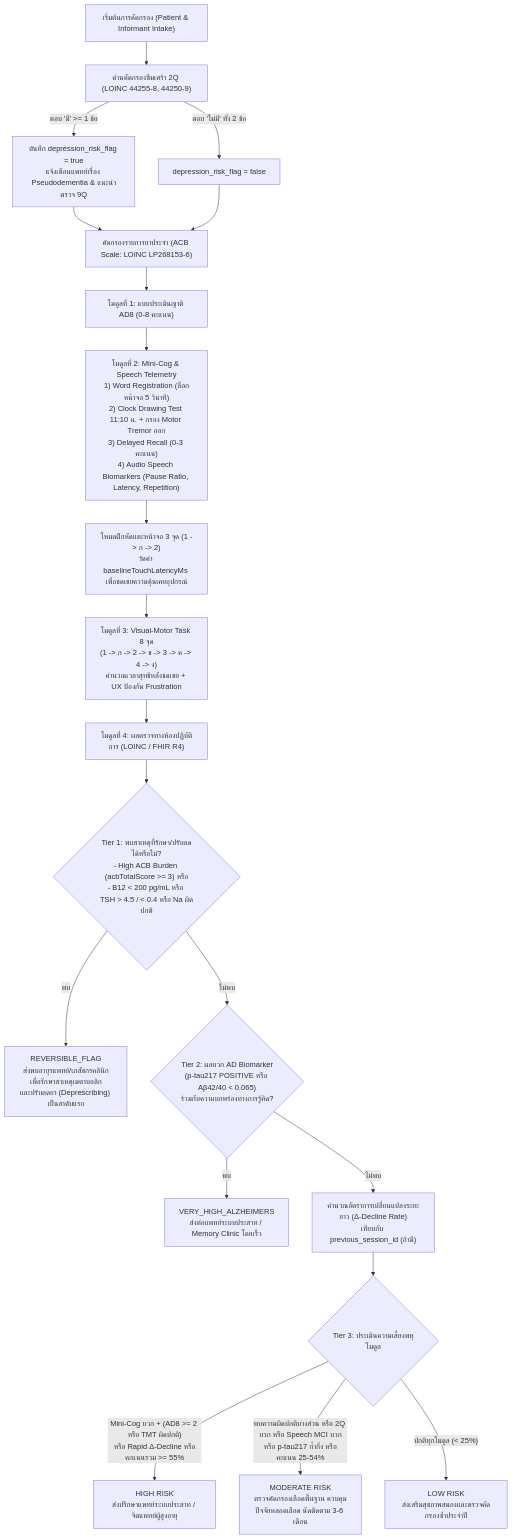
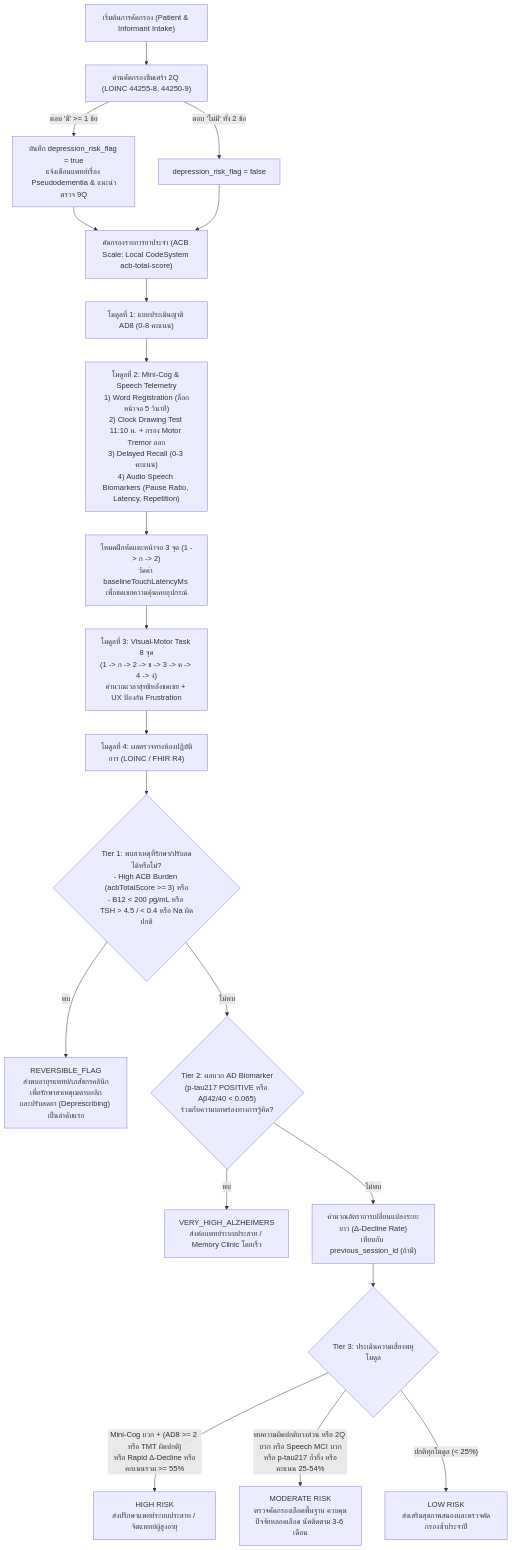
The first of 3 diagrams in docs/CLINICAL_DECISION_ARCHITECTURE.md (natchlimar-droid/Project-Alzheimer), drawn with Mermaid before and after one commit. The commit also changed other lines of this file and 26 other files, not shown here.

````diff
--- a/docs/CLINICAL_DECISION_ARCHITECTURE.md
+++ b/docs/CLINICAL_DECISION_ARCHITECTURE.md
@@ -9,27 +9,27 @@
 ```mermaid
 flowchart TD
     Start["เริ่มต้นการคัดกรอง (Patient & Informant Intake)"] --> Gatekeeper2Q["ด่านคัดกรองซึมเศร้า 2Q (LOINC 44255-8, 44250-9)"]
     Gatekeeper2Q -->|"ตอบ 'มี' >= 1 ข้อ"| FlagDep["บันทึก depression_risk_flag = true\nแจ้งเตือนแพทย์เรื่อง Pseudodementia & แนะนำตรวจ 9Q"]
     Gatekeeper2Q -->|"ตอบ 'ไม่มี' ทั้ง 2 ข้อ"| FlagNoDep["depression_risk_flag = false"]
 
-    FlagDep --> ACBCheck["คัดกรองรายการยาประจำ (ACB Scale: LOINC LP268153-6)"]
+    FlagDep --> ACBCheck["คัดกรองรายการยาประจำ (ACB Scale: Local CodeSystem acb-total-score)"]
     FlagNoDep --> ACBCheck
     ACBCheck --> Mod1["โมดูลที่ 1: แบบประเมินญาติ AD8 (0-8 คะแนน)"]
 
     Mod1 --> Mod2["โมดูลที่ 2: Mini-Cog & Speech Telemetry\n1) Word Registration (ล็อกหน้าจอ 5 วินาที)\n2) Clock Drawing Test 11:10 น. + กรอง Motor Tremor ออก\n3) Delayed Recall (0-3 คะแนน)\n4) Audio Speech Biomarkers (Pause Ratio, Latency, Repetition)"]
     Mod2 --> Calib["โหมดฝึกหัดแตะหน้าจอ 3 จุด (1 -> ก -> 2)\nวัดค่า baselineTouchLatencyMs เพื่อชดเชยความคุ้นเคยอุปกรณ์"]
     Calib --> Mod3["โมดูลที่ 3: Visual-Motor Task 8 จุด\n(1 -> ก -> 2 -> ข -> 3 -> ค -> 4 -> ง)\nคำนวณเวลาสุทธิหลังชดเชย + UX ป้องกัน Frustration"]
     Mod3 --> Mod4["โมดูลที่ 4: ผลตรวจทางห้องปฏิบัติการ (LOINC / FHIR R4)"]
 
     Mod4 --> Tier1{"Tier 1: พบสาเหตุที่รักษา/ปรับลดได้หรือไม่?\n- High ACB Burden (acbTotalScore >= 3) หรือ\n- B12 < 200 pg/mL หรือ TSH > 4.5 / < 0.4 หรือ Na ผิดปกติ"}
     Tier1 -->|"พบ"| OutRev["REVERSIBLE_FLAG\nส่งพบอายุรแพทย์/เภสัชกรคลินิกเพื่อรักษาสาเหตุเมตาบอลิก\nและปรับลดยา (Deprescribing) เป็นลำดับแรก"]
     Tier1 -->|"ไม่พบ"| Tier2{"Tier 2: ผลบวก AD Biomarker\n(p-tau217 POSITIVE หรือ Aβ42/40 < 0.065)\nร่วมกับความบกพร่องทางการรู้คิด?"}
 
     Tier2 -->|"พบ"| OutAD["VERY_HIGH_ALZHEIMERS\nส่งต่อแพทย์ระบบประสาท / Memory Clinic โดยเร็ว"]
     Tier2 -->|"ไม่พบ"| LongCheck["คำนวณอัตราการเปลี่ยนแปลงระยะยาว (Δ-Decline Rate)\nเทียบกับ previous_session_id (ถ้ามี)"]
 
     LongCheck --> Tier3{"Tier 3: ประเมินความเสี่ยงพหุโมดูล"}
     Tier3 -->|"Mini-Cog บวก + (AD8 >= 2 หรือ TMT ผิดปกติ)\nหรือ Rapid Δ-Decline หรือคะแนนรวม >= 55%"| OutHigh["HIGH RISK\nส่งปรึกษาแพทย์ระบบประสาท / จิตแพทย์ผู้สูงอายุ"]
     Tier3 -->|"พบความผิดปกติบางส่วน หรือ 2Q บวก หรือ Speech MCI บวก\nหรือ p-tau217 ก้ำกึ่ง หรือคะแนน 25-54%"| OutMod["MODERATE RISK\nตรวจคัดกรองเลือดพื้นฐาน ควบคุมปัจจัยหลอดเลือด นัดติดตาม 3-6 เดือน"]
     Tier3 -->|"ปกติทุกโมดูล (< 25%)"| OutLow["LOW RISK\nส่งเสริมสุขภาพสมองและตรวจคัดกรองซ้ำประจำปี"]
 ```
````
